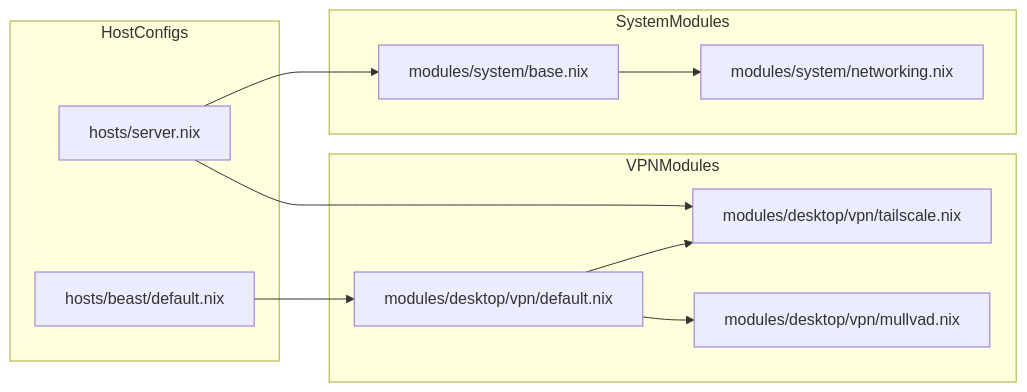
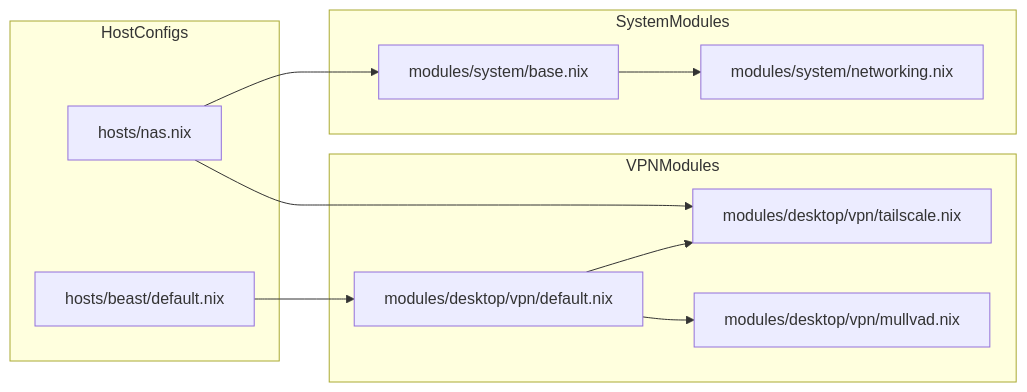
Before and after one commit to Cody-W-Tucker/nix-config: the first of 2 diagrams in docs/Networking-and-VPN.md, drawn with Mermaid. The commit also changed other lines of this file and 24 other files, not shown here.

First line of the commit message:
migrate server to nas

````diff
--- a/docs/Networking-and-VPN.md
+++ b/docs/Networking-and-VPN.md
@@ -46,22 +46,22 @@
 ```mermaid
 flowchart LR
     subgraph HostConfigs
-        SERVER["hosts/server.nix"]
+        NAS["hosts/nas.nix"]
         BEAST["hosts/beast/default.nix"]
     end
     subgraph VPNModules
         TS["modules/desktop/vpn/tailscale.nix"]
         MV["modules/desktop/vpn/mullvad.nix"]
         VPN_DEF["modules/desktop/vpn/default.nix"]
     end
     subgraph SystemModules
         BASE["modules/system/base.nix"]
         NET["modules/system/networking.nix"]
     end
     BASE --> NET
-    SERVER --> BASE
-    SERVER --> TS
+    NAS --> BASE
+    NAS --> TS
     BEAST --> VPN_DEF
     VPN_DEF --> TS
     VPN_DEF --> MV
 ```
````
